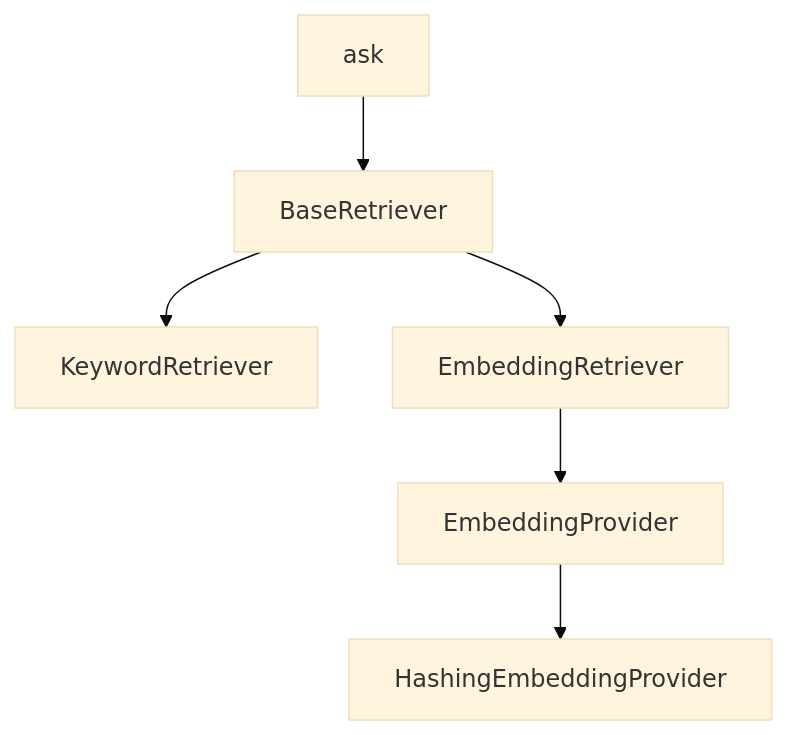
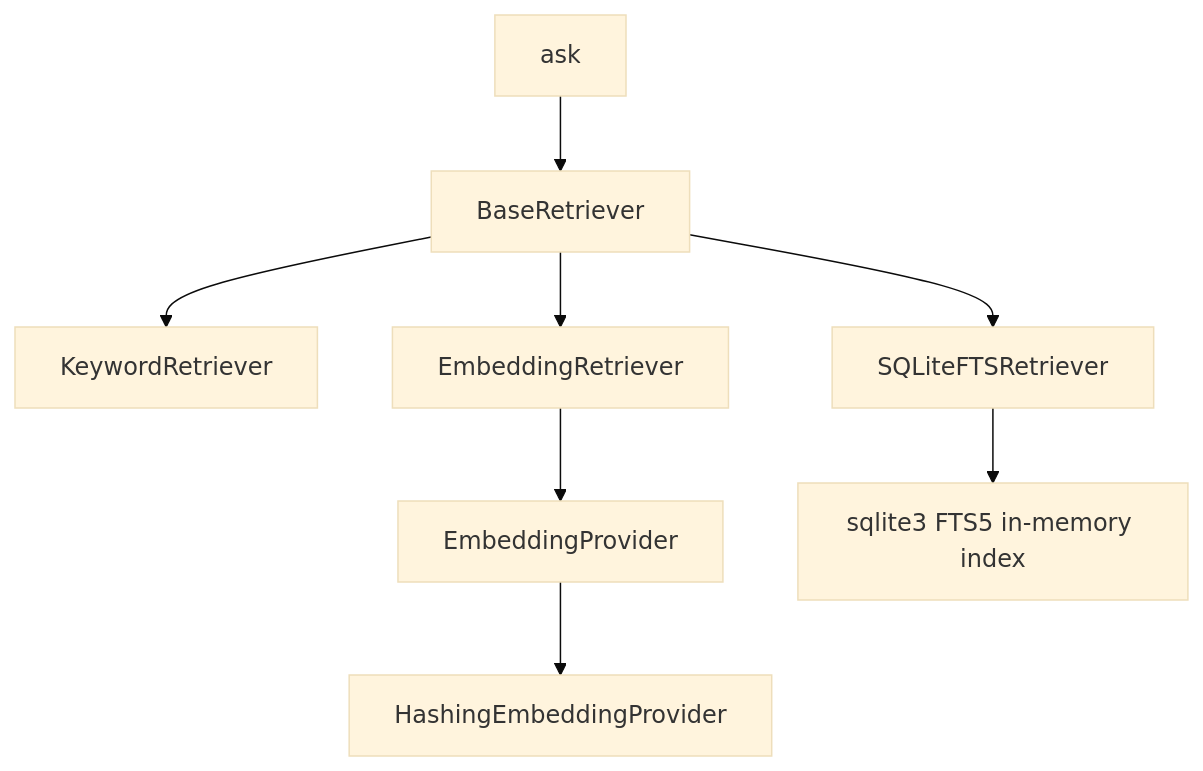
Before and after one commit to lingyu2023gla-star/ai-space-industry-radar: the ninth of 9 diagrams in docs/architecture.md, drawn with Mermaid (base theme). The commit also changed other lines of this file and 8 other files, not shown here.

Commit message:
feat: add sqlite fts retriever

````diff
--- a/docs/architecture.md
+++ b/docs/architecture.md
@@ -186,8 +186,10 @@
 ```mermaid
 flowchart TD
     A[ask] --> B[BaseRetriever]
     B --> C[KeywordRetriever]
     B --> D[EmbeddingRetriever]
+    B --> G[SQLiteFTSRetriever]
     D --> E[EmbeddingProvider]
     E --> F[HashingEmbeddingProvider]
+    G --> H[sqlite3 FTS5 in-memory index]
 ```
````
